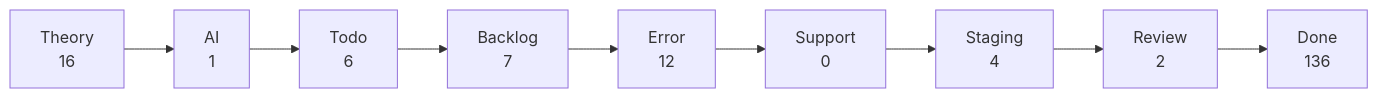
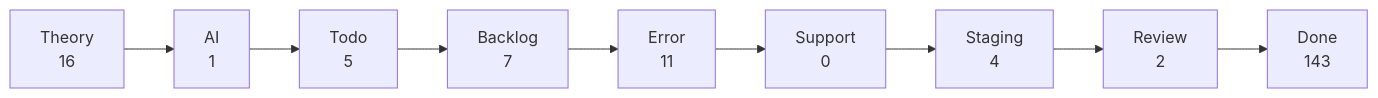
Before and after one commit to KBVE/kbve: the second of 2 diagrams in apps/kbve/astro-kbve/src/content/docs/dashboard/nx-kanban.mdx, drawn with Mermaid. The commit also changed other lines of this file and 1 other file, not shown here.

````diff
--- a/apps/kbve/astro-kbve/src/content/docs/dashboard/nx-kanban.mdx
+++ b/apps/kbve/astro-kbve/src/content/docs/dashboard/nx-kanban.mdx
@@ -68,20 +68,20 @@
 ```mermaid
 flowchart LR
     Theory["Theory<br/>16"]
     Theory --> AI
     AI["AI<br/>1"]
     AI --> Todo
-    Todo["Todo<br/>6"]
+    Todo["Todo<br/>5"]
     Todo --> Backlog
     Backlog["Backlog<br/>7"]
     Backlog --> Error
-    Error["Error<br/>12"]
+    Error["Error<br/>11"]
     Error --> Support
     Support["Support<br/>0"]
     Support --> Staging
     Staging["Staging<br/>4"]
     Staging --> Review
     Review["Review<br/>2"]
     Review --> Done
-    Done["Done<br/>136"]
+    Done["Done<br/>143"]
 ```
````
